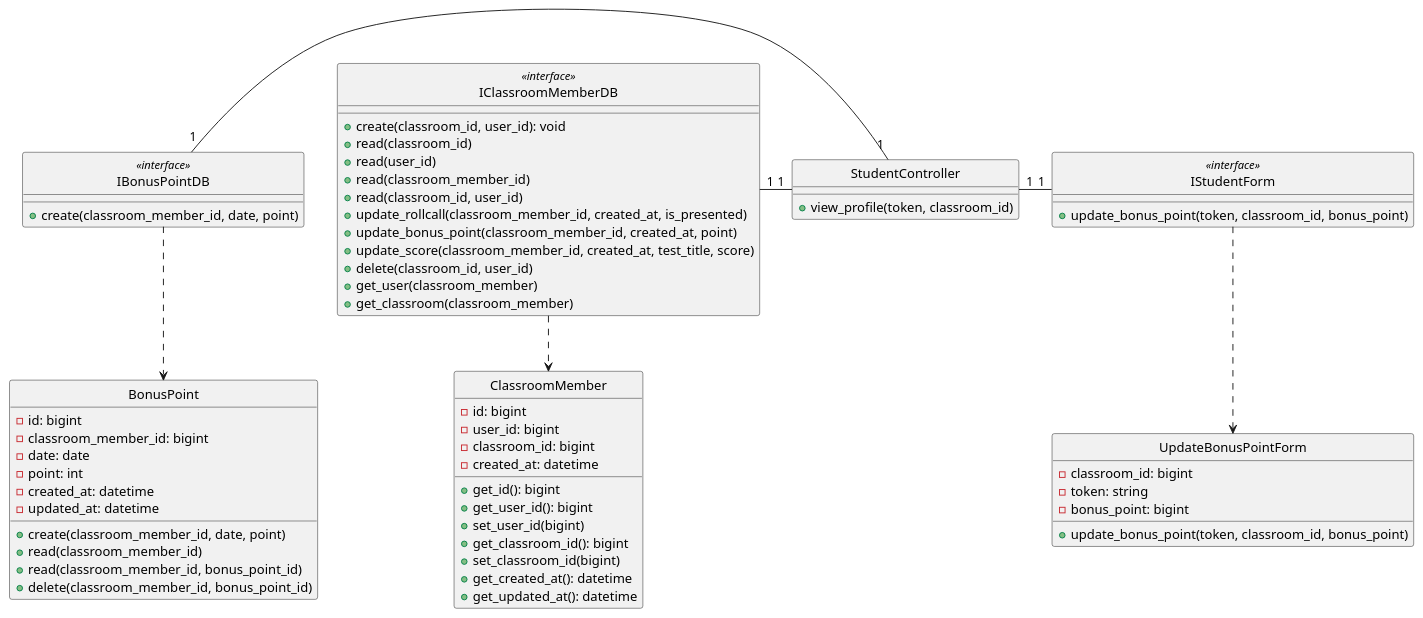
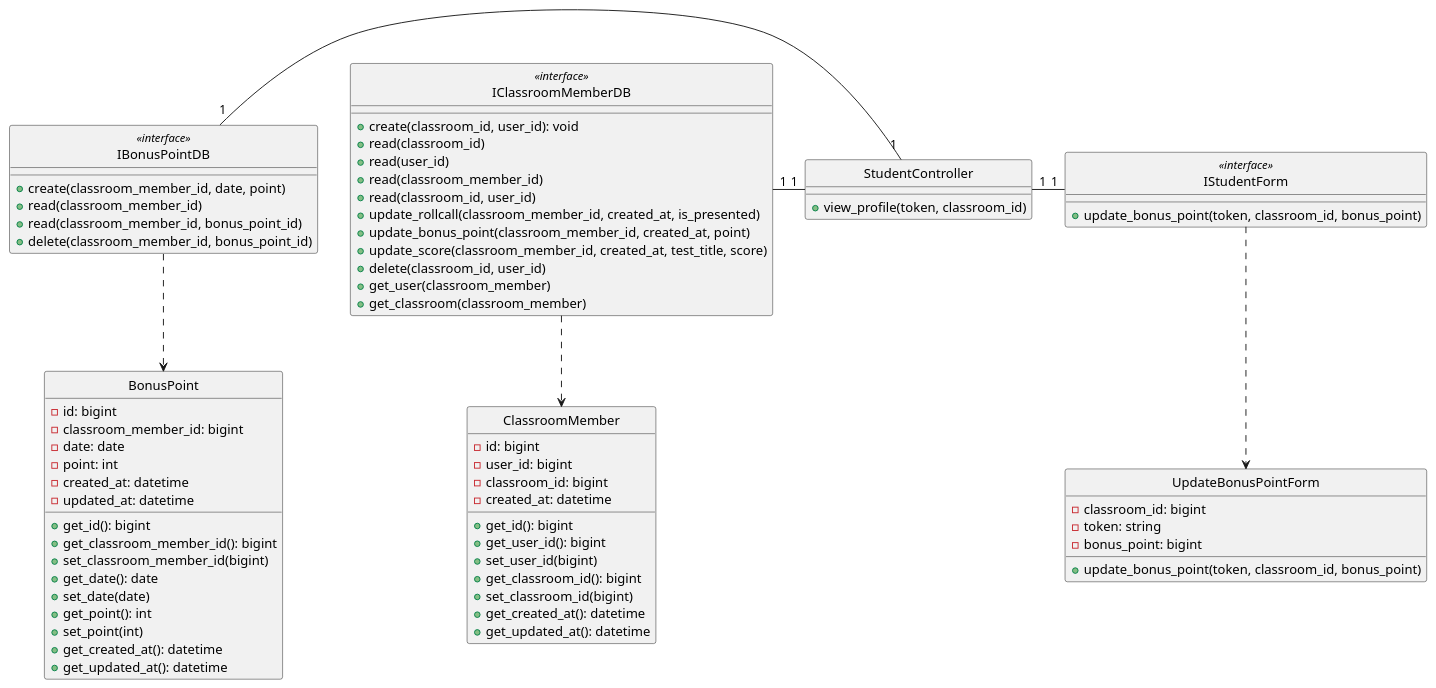
Before and after one commit to anonyhostvn/OOAD-Diagram: the diagram in class - design/rollcall/updateBonusPoint.plantuml, drawn with PlantUML. The commit also changed 2 other files, not shown here.

```diff
--- a/class - design/rollcall/updateBonusPoint.plantuml
+++ b/class - design/rollcall/updateBonusPoint.plantuml
@@ -1,84 +1,92 @@
 @startuml addStudent
 
 class UpdateBonusPointForm {
     - classroom_id: bigint
     - token: string
     - bonus_point: bigint
 
     + update_bonus_point(token, classroom_id, bonus_point)
 }
 
 class IStudentForm <<interface>> {
     + update_bonus_point(token, classroom_id, bonus_point)
 }
 
 class StudentController {
     + view_profile(token, classroom_id)
 }
 
 class ClassroomMember {
     - id: bigint
     - user_id: bigint
     - classroom_id: bigint
     - created_at: datetime
 
     + get_id(): bigint
     + get_user_id(): bigint
     + set_user_id(bigint)
     + get_classroom_id(): bigint
     + set_classroom_id(bigint)
     + get_created_at(): datetime
     + get_updated_at(): datetime
 }
 
 class IClassroomMemberDB <<interface>> {
     + create(classroom_id, user_id): void
     + read(classroom_id)
     + read(user_id)
     + read(classroom_member_id)
     + read(classroom_id, user_id)
     + update_rollcall(classroom_member_id, created_at, is_presented)
     + update_bonus_point(classroom_member_id, created_at, point)
     + update_score(classroom_member_id, created_at, test_title, score)
     + delete(classroom_id, user_id)
     + get_user(classroom_member)
     + get_classroom(classroom_member)
 }
 
 
 class BonusPoint {
     - id: bigint
     - classroom_member_id: bigint
     - date: date
     - point: int
     - created_at: datetime
     - updated_at: datetime
 
+    + get_id(): bigint
+    + get_classroom_member_id(): bigint
+    + set_classroom_member_id(bigint)
+    + get_date(): date
+    + set_date(date)
+    + get_point(): int
+    + set_point(int)
+    + get_created_at(): datetime
+    + get_updated_at(): datetime
+}
+
+class IBonusPointDB <<interface>> {
     + create(classroom_member_id, date, point)
     + read(classroom_member_id)
     + read(classroom_member_id, bonus_point_id)
     + delete(classroom_member_id, bonus_point_id)
-}
-
-class IBonusPointDB <<interface>> {
-    + create(classroom_member_id, date, point)
 }
 
 hide UpdateBonusPointForm circle
 hide IStudentForm <<interface>> circle
 hide StudentController circle
 hide IClassroomMemberDB <<interface>> circle
 hide ClassroomMember circle
 hide IBonusPointDB <<interface>> circle
 hide BonusPoint circle 
 
 
 IStudentForm .down.> UpdateBonusPointForm
 IClassroomMemberDB .down.> ClassroomMember
 IBonusPointDB .down.> BonusPoint
 IStudentForm "1"-left-"1" StudentController
 StudentController "1"-left-"1" IClassroomMemberDB
 StudentController "1"-left-"1" IBonusPointDB
 
 
 @enduml
```
